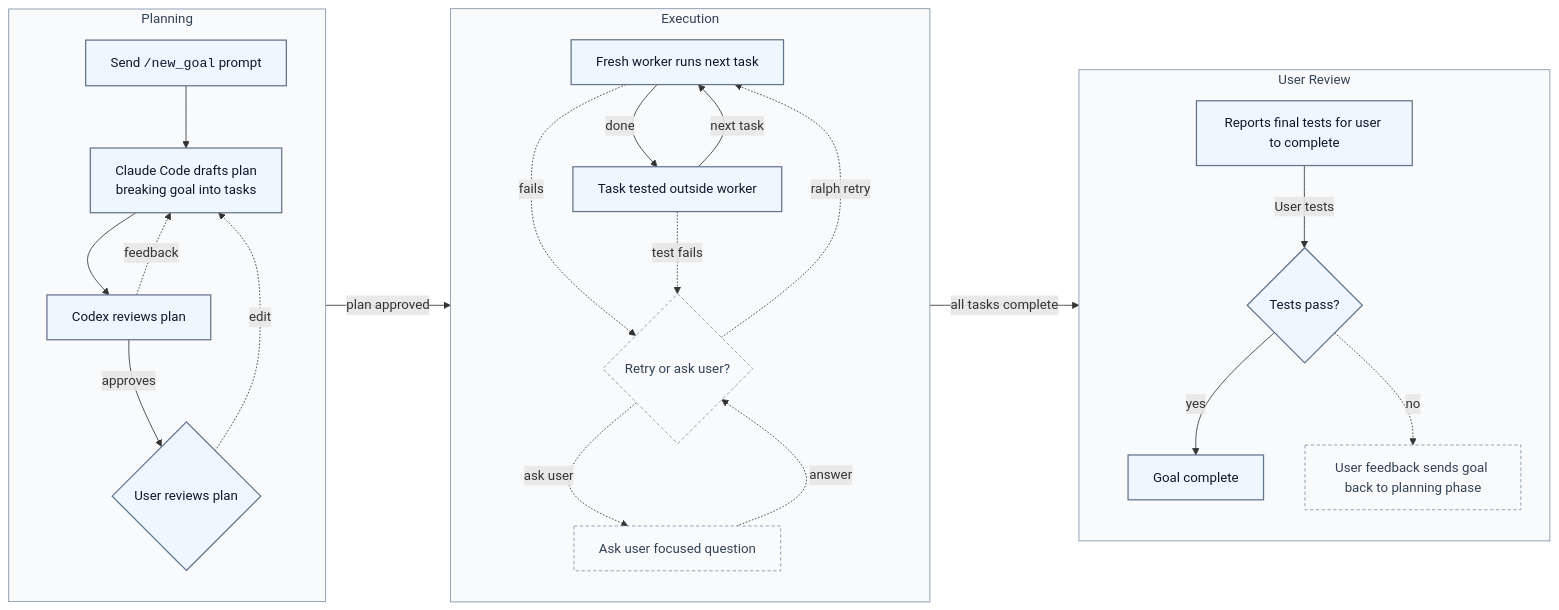
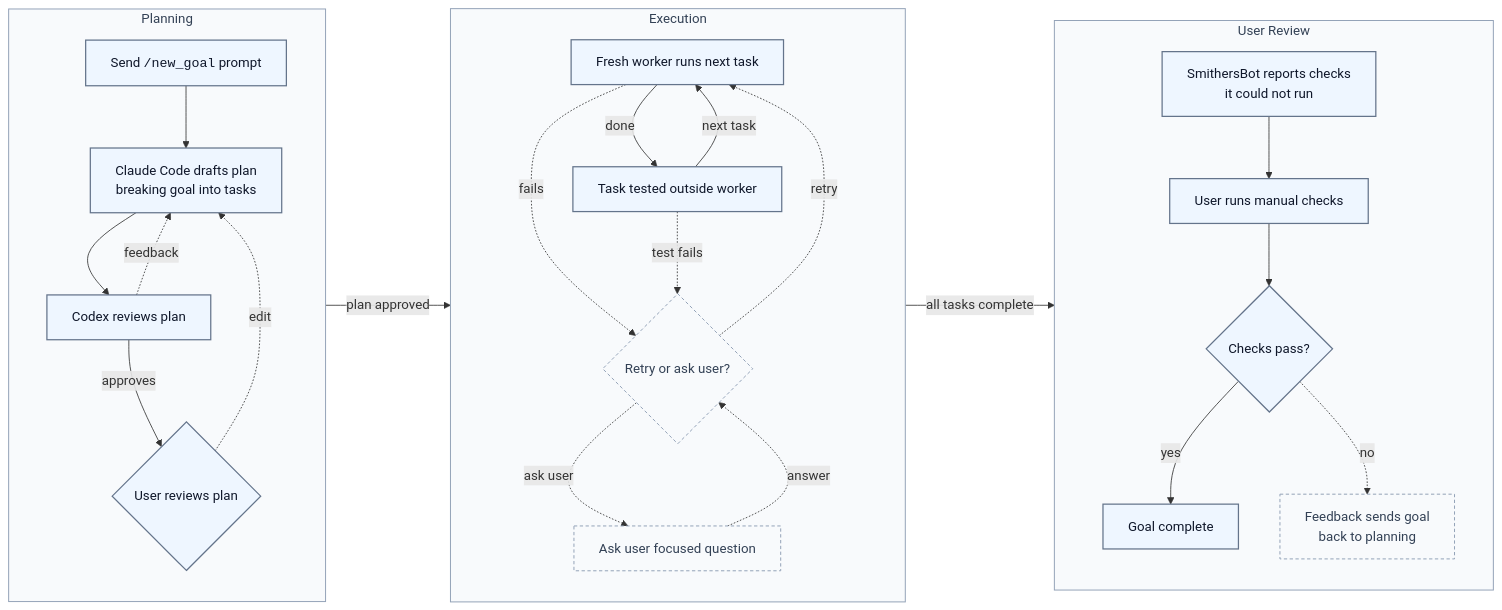
The diagram in README.md (smithersbot/smithersbot), drawn with Mermaid before and after one commit. The commit also changed other lines of this file, not shown here.

Commit message:
docs(readme): refine SmithersBot README flow and memory sections

````diff
--- a/README.md
+++ b/README.md
@@ -63,57 +49,58 @@
 ```mermaid
 flowchart LR
   subgraph P["Planning"]
     direction TB
     A["Send <code>/new_goal</code> prompt"]
     B["Claude Code drafts plan<br/>breaking goal into tasks"]
     C["Codex reviews plan"]
     D{"User reviews plan"}
 
     A --> B
     B --> C
     C -. "feedback" .-> B
     C -->|"approves"| D
     D -. "edit" .-> B
   end
 
   subgraph X["Execution"]
     direction TB
     E["Fresh worker runs next task"]
     F["Task tested outside worker"]
     R{"Retry or ask user?"}
     Q["Ask user focused question"]
 
     E -->|"done"| F
     F -- "next task" --> E
     E -. "fails" .-> R
     F -. "test fails" .-> R
-    R -. "ralph retry" .-> E
+    R -. "retry" .-> E
     R -. "ask user" .-> Q
     Q -. "answer" .-> R
   end
 
   subgraph U["User Review"]
     direction TB
-    H["Reports final tests for user to complete"]
-    T{"Tests pass?"}
+    H["SmithersBot reports checks<br/>it could not run"]
+    M["User runs manual checks"]
+    T{"Checks pass?"}
     I["Goal complete"]
-    J["User feedback sends goal back to planning phase"]
+    J["Feedback sends goal<br/>back to planning"]
 
-    H -->|"User tests"| T
+    H --> M
+    M --> T
     T -->|"yes"| I
     T .->|"no"| J
-
   end
 
   P -->|"plan approved"| X
   X -->|"all tasks complete"| U
 
   classDef phase fill:#f8fafc,stroke:#94a3b8,stroke-width:1.2px,color:#334155;
   classDef main fill:#eef6ff,stroke:#64748b,stroke-width:1.5px,color:#0f172a;
   classDef decision fill:#f8fafc,stroke:#64748b,stroke-width:1.5px,color:#0f172a;
   classDef aux fill:#f8fafc,stroke:#94a3b8,stroke-width:1.2px,color:#334155,stroke-dasharray:4 3;
 
   class P,X,U phase;
-  class A,B,C,D,E,F,H,I,T main;
+  class A,B,C,D,E,F,H,M,I,T main;
   class Q,R,J aux;
 ```
````
